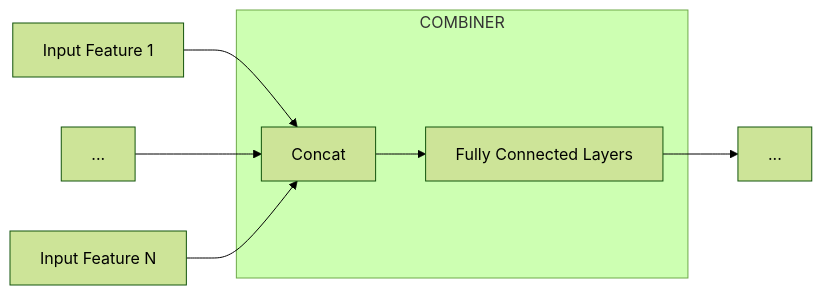
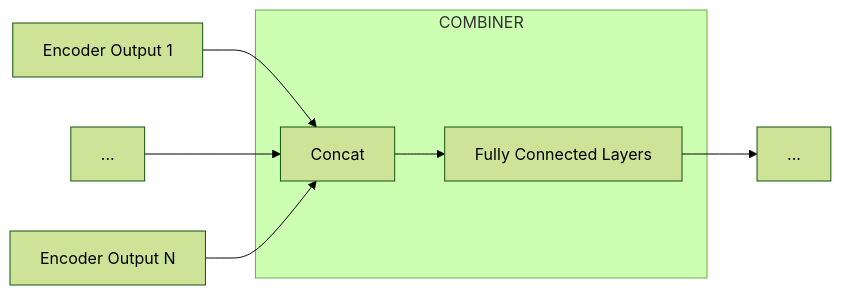
Before and after one commit to ludwig-ai/ludwig-docs: the first of 2 diagrams in docs/configuration/combiner.md, drawn with Mermaid (forest theme). The commit also changed other lines of this file, not shown here.

Commit message:
Sequence concat

````diff
--- a/docs/configuration/combiner.md
+++ b/docs/configuration/combiner.md
@@ -15,12 +15,12 @@
 ``` mermaid
 graph LR
-  I1[Input Feature 1] --> C[Concat];
+  I1[Encoder Output 1] --> C[Concat];
   IK[...] --> C;
-  IN[Input Feature N] --> C;
+  IN[Encoder Output N] --> C;
   C --> FC[Fully Connected Layers];
-  FC --> ...
+  FC --> ...;
   subgraph COMBINER
   C
   FC
   end
 ```
````
